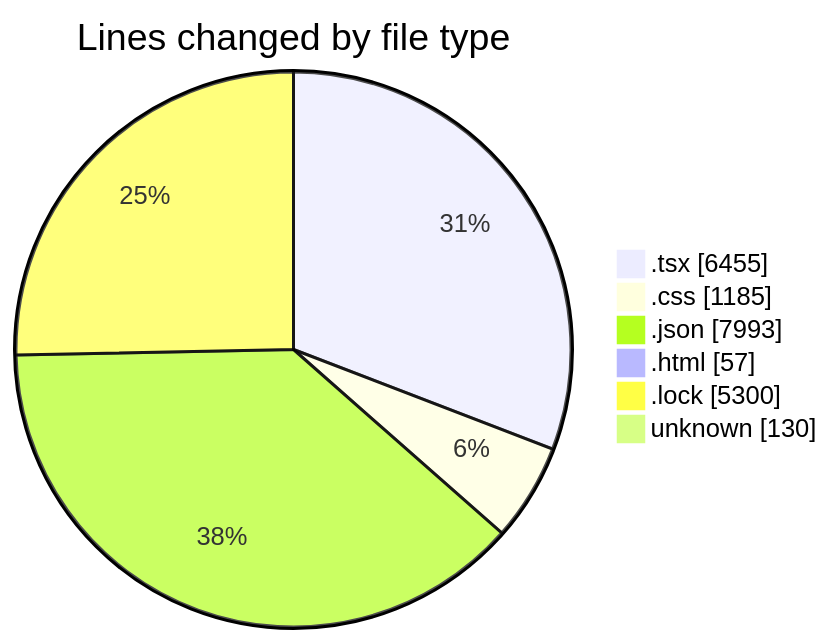
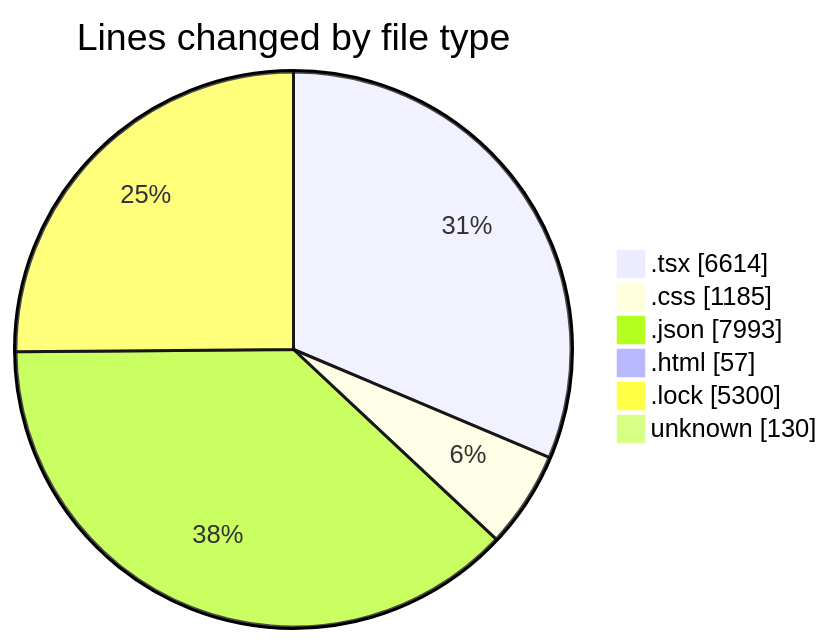
Before and after one commit to EIIisD/code-tracking: the first of 2 diagrams in 2025-08-12/ribbon/README.md, drawn with Mermaid. The commit also changed other lines of this file and 1 other file, not shown here.

````diff
--- a/2025-08-12/ribbon/README.md
+++ b/2025-08-12/ribbon/README.md
@@ -47,10 +47,10 @@
 ```mermaid
 pie showData
 title Lines changed by file type
-".tsx" : 6455
+".tsx" : 6614
 ".css" : 1185
 ".json" : 7993
 ".html" : 57
 ".lock" : 5300
 "unknown" : 130
 ```
````
